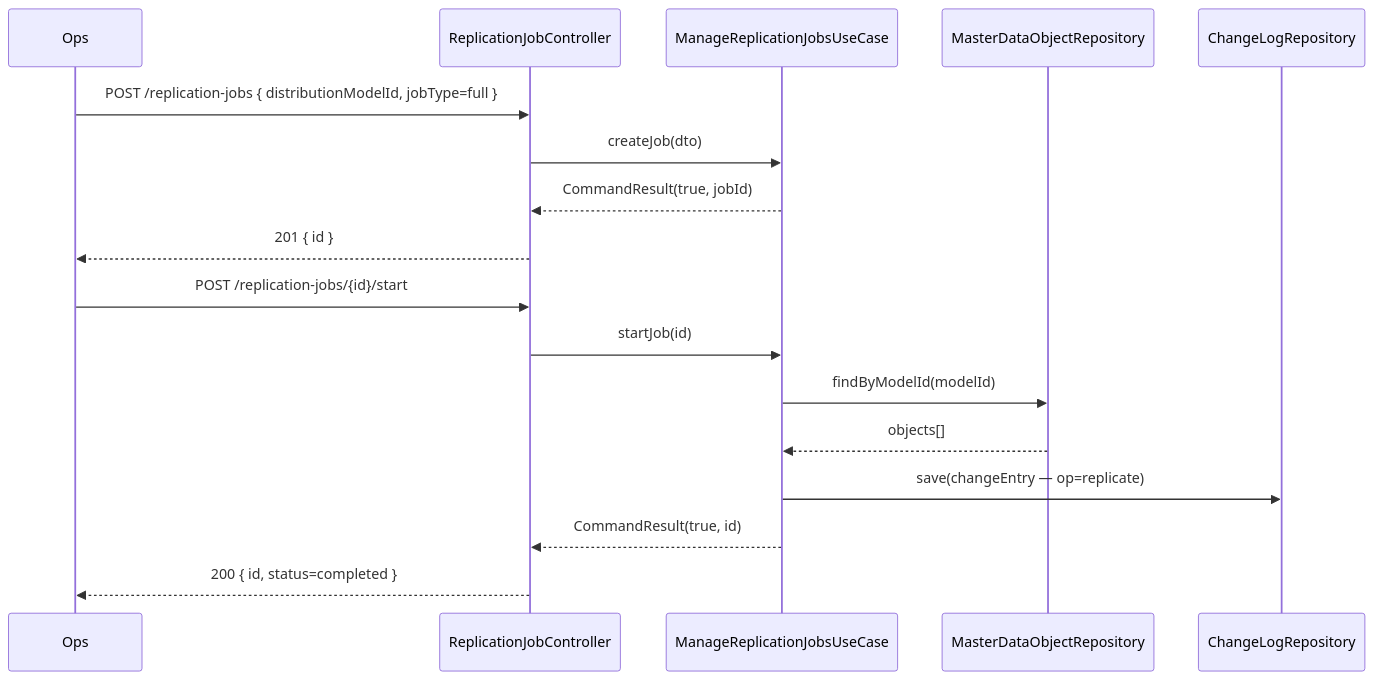
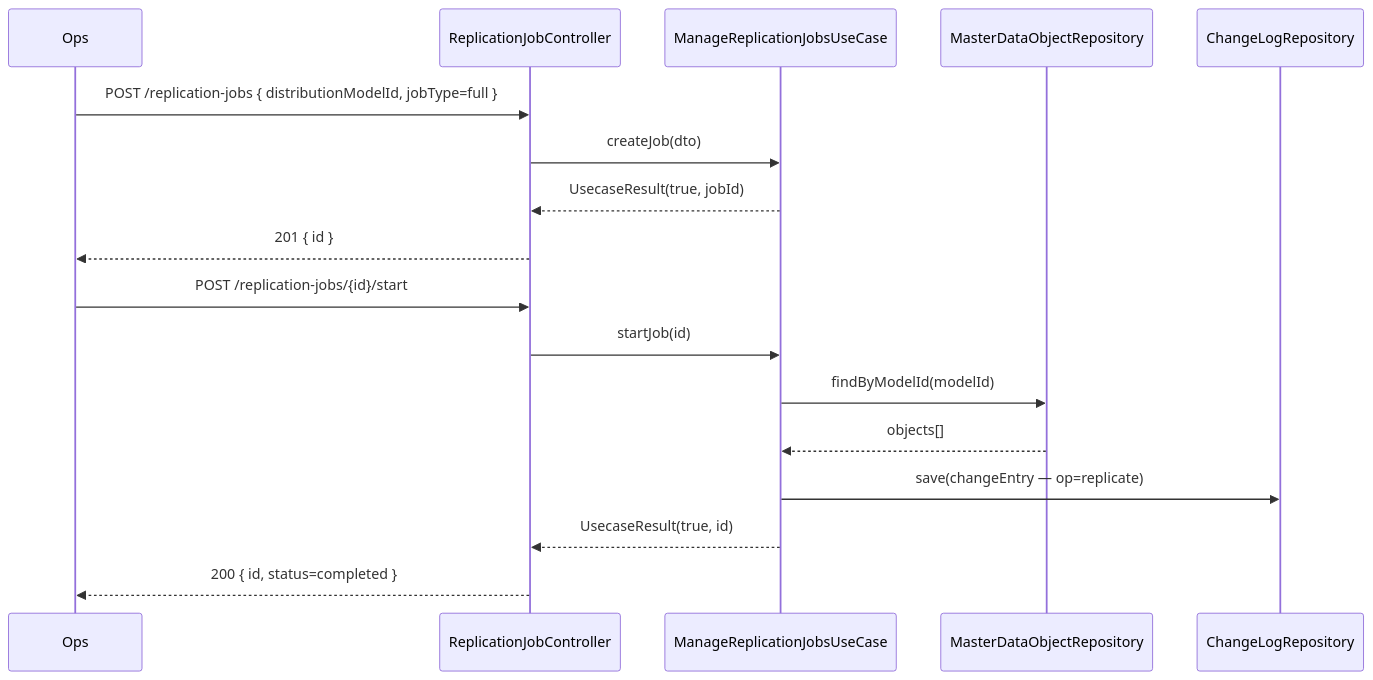
Before and after one commit to UIMSolutions/uim-platform: the third of 3 diagrams in masterdata-integration/UML.md, drawn with Mermaid. The commit also changed 907 other files, not shown here.

Commit message:
Rename CommandResult

````diff
--- a/masterdata-integration/UML.md
+++ b/masterdata-integration/UML.md
@@ -137,21 +137,21 @@
 ```mermaid
 sequenceDiagram
     participant Ops
     participant RJC as ReplicationJobController
     participant RJUC as ManageReplicationJobsUseCase
     participant MDOR as MasterDataObjectRepository
     participant CLR as ChangeLogRepository
 
     Ops->>RJC: POST /replication-jobs { distributionModelId, jobType=full }
     RJC->>RJUC: createJob(dto)
-    RJUC-->>RJC: CommandResult(true, jobId)
+    RJUC-->>RJC: UsecaseResult(true, jobId)
     RJC-->>Ops: 201 { id }
 
     Ops->>RJC: POST /replication-jobs/{id}/start
     RJC->>RJUC: startJob(id)
     RJUC->>MDOR: findByModelId(modelId)
     MDOR-->>RJUC: objects[]
     RJUC->>CLR: save(changeEntry — op=replicate)
-    RJUC-->>RJC: CommandResult(true, id)
+    RJUC-->>RJC: UsecaseResult(true, id)
     RJC-->>Ops: 200 { id, status=completed }
 ```
````
